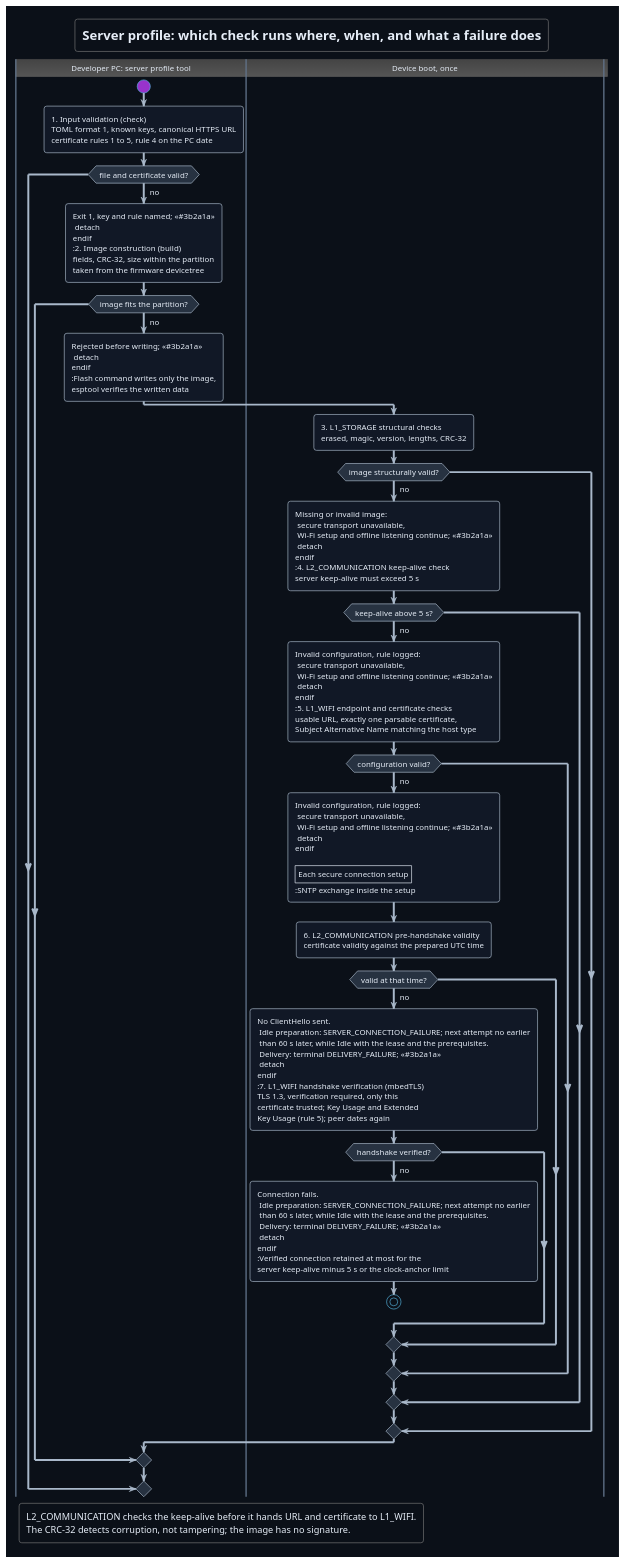
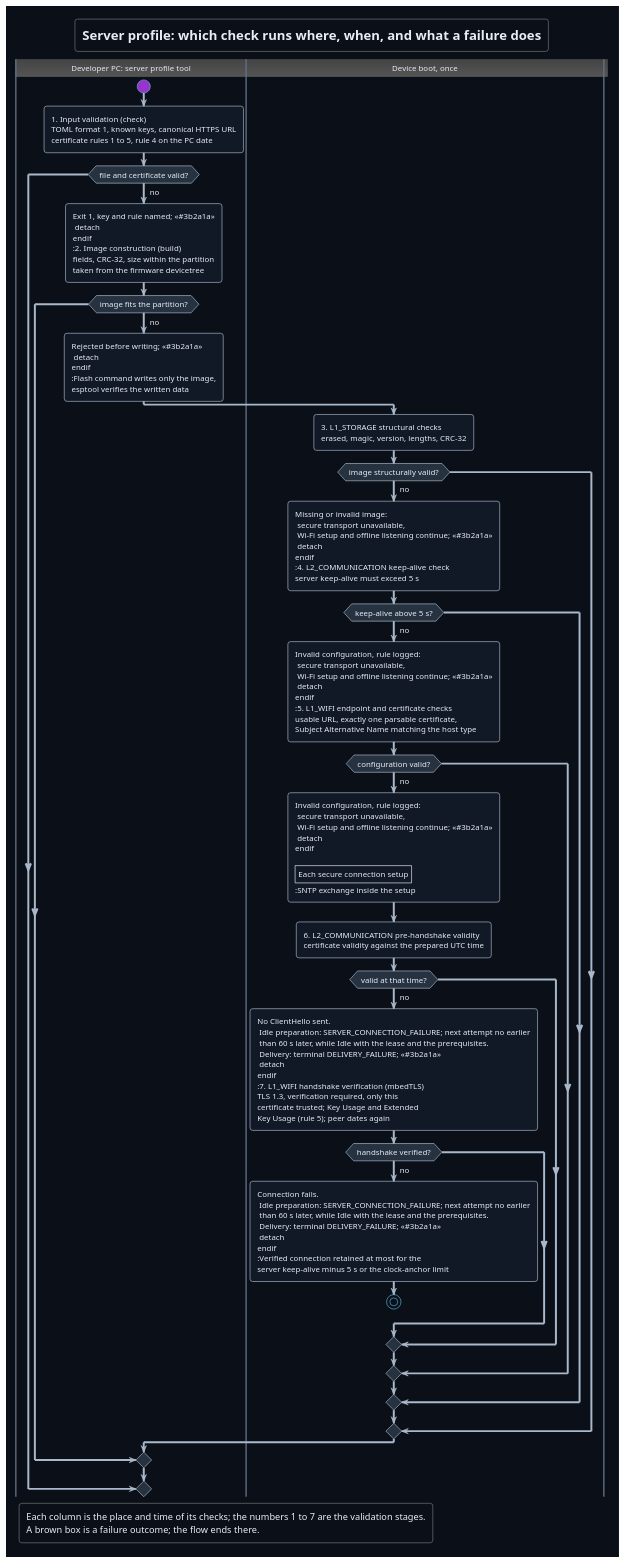
One commit to DemonicPsychoII/DigitalStethoscope changed the diagram in Development/system/design/STORAGE/puml/server-profile-validation.puml. Above: the diagram before and after it, drawn with PlantUML. The commit also changed 107 other files, not shown here.

```diff
--- a/Development/system/design/STORAGE/puml/server-profile-validation.puml
+++ b/Development/system/design/STORAGE/puml/server-profile-validation.puml
@@ -1,96 +1,96 @@
 @startuml server_profile_validation
 !theme cyborg
 !pragma layout smetana
 skinparam shadowing false
 skinparam defaultFontName SansSerif
 skinparam backgroundColor #0b1018
 skinparam defaultFontColor #e6edf7
 skinparam ArrowColor #a9b8ca
 skinparam activity {
  BackgroundColor #111826
  BorderColor #a9b8ca
  DiamondBackgroundColor #273241
 }
 skinparam swimlane {
  BorderColor #61738a
  TitleFontColor #e6edf7
 }
 title Server profile: which check runs where, when, and what a failure does
 
 |Developer PC: server profile tool|
 start
 :1. Input validation (check)
 TOML format 1, known keys, canonical HTTPS URL
 certificate rules 1 to 5, rule 4 on the PC date;
 if (file and certificate valid?) then (no)
  :Exit 1, key and rule named; <<#3b2a1a>>
  detach
 endif
 :2. Image construction (build)
 fields, CRC-32, size within the partition
 taken from the firmware devicetree;
 if (image fits the partition?) then (no)
  :Rejected before writing; <<#3b2a1a>>
  detach
 endif
 :Flash command writes only the image,
 esptool verifies the written data;
 
 |Device boot, once|
 :3. L1_STORAGE structural checks
 erased, magic, version, lengths, CRC-32;
 if (image structurally valid?) then (no)
  :Missing or invalid image:
  secure transport unavailable,
  Wi-Fi setup and offline listening continue; <<#3b2a1a>>
  detach
 endif
 :4. L2_COMMUNICATION keep-alive check
 server keep-alive must exceed 5 s;
 if (keep-alive above 5 s?) then (no)
  :Invalid configuration, rule logged:
  secure transport unavailable,
  Wi-Fi setup and offline listening continue; <<#3b2a1a>>
  detach
 endif
 :5. L1_WIFI endpoint and certificate checks
 usable URL, exactly one parsable certificate,
 Subject Alternative Name matching the host type;
 if (configuration valid?) then (no)
  :Invalid configuration, rule logged:
  secure transport unavailable,
  Wi-Fi setup and offline listening continue; <<#3b2a1a>>
  detach
 endif
 
 |Each secure connection setup|
 :SNTP exchange inside the setup;
 :6. L2_COMMUNICATION pre-handshake validity
 certificate validity against the prepared UTC time;
 if (valid at that time?) then (no)
  :No ClientHello sent.
  Idle preparation: SERVER_CONNECTION_FAILURE; next attempt no earlier
  than 60 s later, while Idle with the lease and the prerequisites.
  Delivery: terminal DELIVERY_FAILURE; <<#3b2a1a>>
  detach
 endif
 :7. L1_WIFI handshake verification (mbedTLS)
 TLS 1.3, verification required, only this
 certificate trusted; Key Usage and Extended
 Key Usage (rule 5); peer dates again;
 if (handshake verified?) then (no)
  :Connection fails.
  Idle preparation: SERVER_CONNECTION_FAILURE; next attempt no earlier
  than 60 s later, while Idle with the lease and the prerequisites.
  Delivery: terminal DELIVERY_FAILURE; <<#3b2a1a>>
  detach
 endif
 :Verified connection retained at most for the
 server keep-alive minus 5 s or the clock-anchor limit;
 stop
 
 legend bottom left
- L2_COMMUNICATION checks the keep-alive before it hands URL and certificate to L1_WIFI.
- The CRC-32 detects corruption, not tampering; the image has no signature.
+ Each column is the place and time of its checks; the numbers 1 to 7 are the validation stages.
+ A brown box is a failure outcome; the flow ends there.
 endlegend
 @enduml
```
